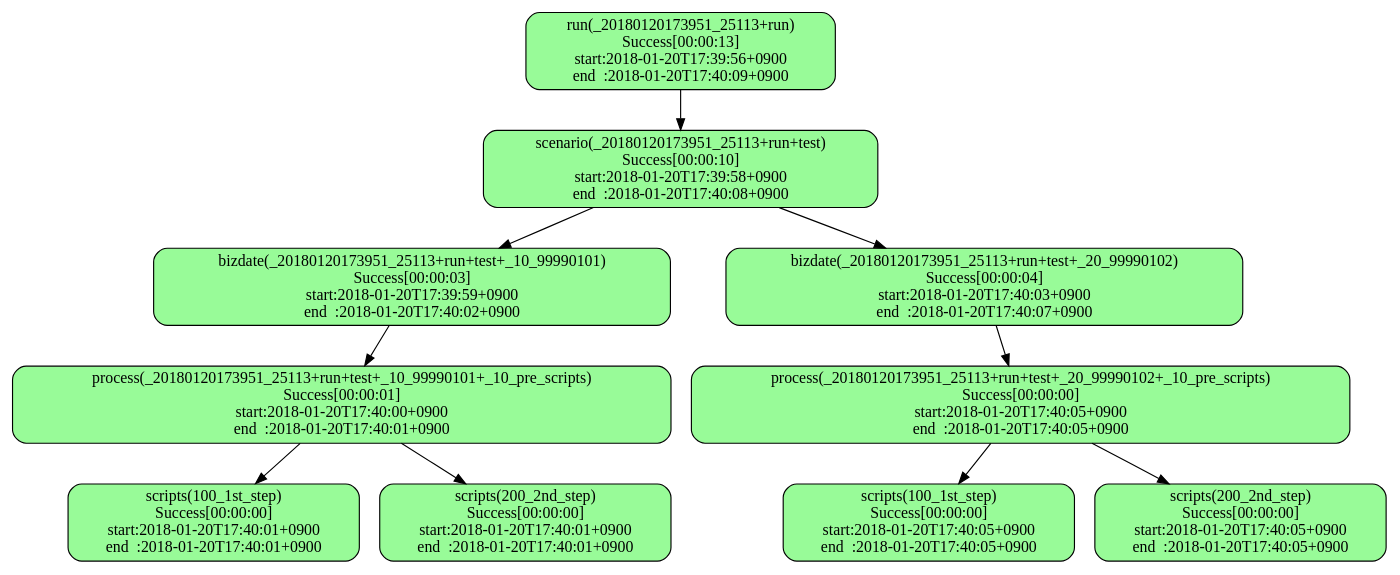
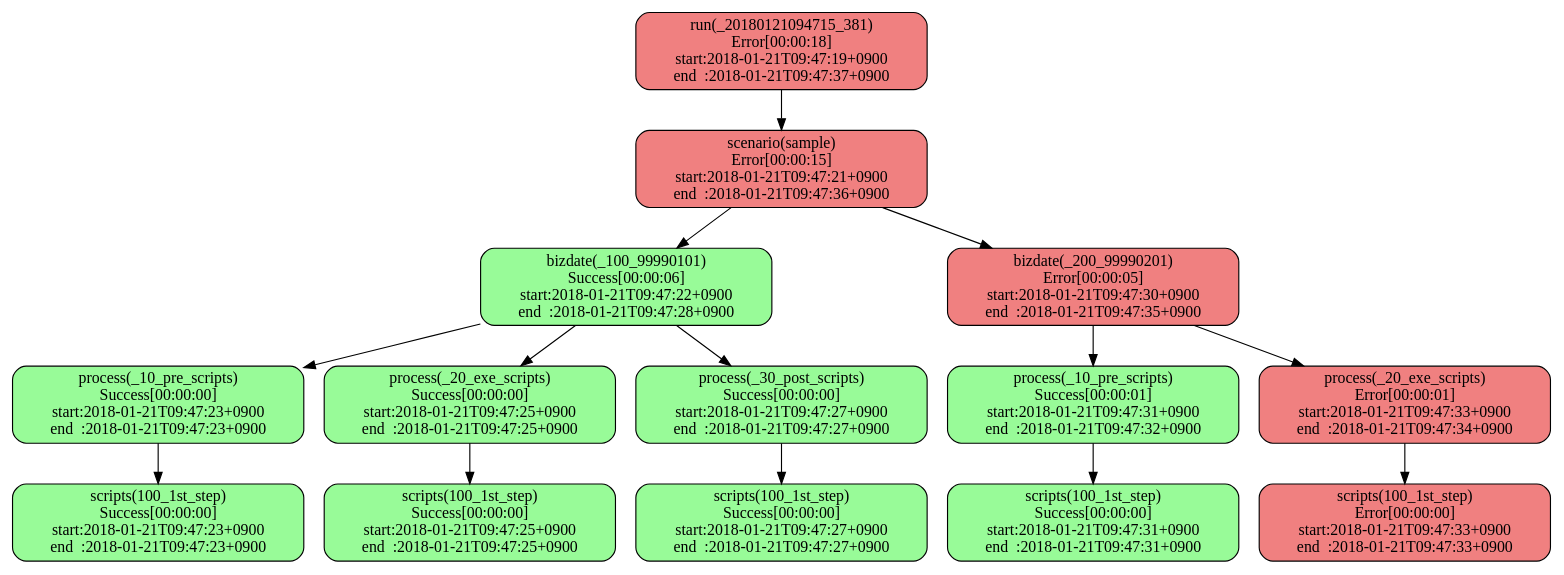
Before and after one commit to tkhr-sait/stfw-result-viewer-rails: the diagram in sample.dot, drawn with Graphviz. The commit also changed 2 other files, not shown here.

```diff
--- a/sample.dot
+++ b/sample.dot
@@ -1,22 +1,30 @@
 digraph G {
   layout="dot";
-  x20180120173951x25113xrun[label="run(_20180120173951_25113+run)\nSuccess[00:00:13]\nstart:2018-01-20T17:39:56+0900\nend  :2018-01-20T17:40:09+0900",shape="box",style="filled,rounded",fillcolor="palegreen"];
-  x20180120173951x25113xrunxtest[label="scenario(_20180120173951_25113+run+test)\nSuccess[00:00:10]\nstart:2018-01-20T17:39:58+0900\nend  :2018-01-20T17:40:08+0900",shape="box",style="filled,rounded",fillcolor="palegreen"];
-  x20180120173951x25113xrunxtestxx10x99990101[label="bizdate(_20180120173951_25113+run+test+_10_99990101)\nSuccess[00:00:03]\nstart:2018-01-20T17:39:59+0900\nend  :2018-01-20T17:40:02+0900",shape="box",style="filled,rounded",fillcolor="palegreen"];
-  x20180120173951x25113xrunxtestxx10x99990101xx10xprexscripts[label="process(_20180120173951_25113+run+test+_10_99990101+_10_pre_scripts)\nSuccess[00:00:01]\nstart:2018-01-20T17:40:00+0900\nend  :2018-01-20T17:40:01+0900",shape="box",style="filled,rounded",fillcolor="palegreen"];
-  x20180120173951x25113xrunxtestxx10x99990101xx10xprexscriptsx100x1stxstep[label="scripts(100_1st_step)\nSuccess[00:00:00]\nstart:2018-01-20T17:40:01+0900\nend  :2018-01-20T17:40:01+0900",shape="box",style="filled,rounded",fillcolor="palegreen"];
-  x20180120173951x25113xrunxtestxx10x99990101xx10xprexscriptsx200x2ndxstep[label="scripts(200_2nd_step)\nSuccess[00:00:00]\nstart:2018-01-20T17:40:01+0900\nend  :2018-01-20T17:40:01+0900",shape="box",style="filled,rounded",fillcolor="palegreen"];
-  x20180120173951x25113xrunxtestxx20x99990102[label="bizdate(_20180120173951_25113+run+test+_20_99990102)\nSuccess[00:00:04]\nstart:2018-01-20T17:40:03+0900\nend  :2018-01-20T17:40:07+0900",shape="box",style="filled,rounded",fillcolor="palegreen"];
-  x20180120173951x25113xrunxtestxx20x99990102xx10xprexscripts[label="process(_20180120173951_25113+run+test+_20_99990102+_10_pre_scripts)\nSuccess[00:00:00]\nstart:2018-01-20T17:40:05+0900\nend  :2018-01-20T17:40:05+0900",shape="box",style="filled,rounded",fillcolor="palegreen"];
-  x20180120173951x25113xrunxtestxx20x99990102xx10xprexscriptsx100x1stxstep[label="scripts(100_1st_step)\nSuccess[00:00:00]\nstart:2018-01-20T17:40:05+0900\nend  :2018-01-20T17:40:05+0900",shape="box",style="filled,rounded",fillcolor="palegreen"];
-  x20180120173951x25113xrunxtestxx20x99990102xx10xprexscriptsx200x2ndxstep[label="scripts(200_2nd_step)\nSuccess[00:00:00]\nstart:2018-01-20T17:40:05+0900\nend  :2018-01-20T17:40:05+0900",shape="box",style="filled,rounded",fillcolor="palegreen"];
-  x20180120173951x25113xrun -> x20180120173951x25113xrunxtest;
-  x20180120173951x25113xrunxtest -> x20180120173951x25113xrunxtestxx10x99990101;
-  x20180120173951x25113xrunxtestxx10x99990101 -> x20180120173951x25113xrunxtestxx10x99990101xx10xprexscripts;
-  x20180120173951x25113xrunxtestxx10x99990101xx10xprexscripts -> x20180120173951x25113xrunxtestxx10x99990101xx10xprexscriptsx100x1stxstep;
-  x20180120173951x25113xrunxtestxx10x99990101xx10xprexscripts -> x20180120173951x25113xrunxtestxx10x99990101xx10xprexscriptsx200x2ndxstep;
-  x20180120173951x25113xrunxtest -> x20180120173951x25113xrunxtestxx20x99990102;
-  x20180120173951x25113xrunxtestxx20x99990102 -> x20180120173951x25113xrunxtestxx20x99990102xx10xprexscripts;
-  x20180120173951x25113xrunxtestxx20x99990102xx10xprexscripts -> x20180120173951x25113xrunxtestxx20x99990102xx10xprexscriptsx100x1stxstep;
-  x20180120173951x25113xrunxtestxx20x99990102xx10xprexscripts -> x20180120173951x25113xrunxtestxx20x99990102xx10xprexscriptsx200x2ndxstep;
+  x20180121094715x381xrun[label="run(_20180121094715_381)\nError[00:00:18]\nstart:2018-01-21T09:47:19+0900\nend  :2018-01-21T09:47:37+0900",shape="box",style="filled,rounded",fillcolor="lightcoral"];
+  x20180121094715x381xrunxsample[label="scenario(sample)\nError[00:00:15]\nstart:2018-01-21T09:47:21+0900\nend  :2018-01-21T09:47:36+0900",shape="box",style="filled,rounded",fillcolor="lightcoral"];
+  x20180121094715x381xrunxsamplexx100x99990101[label="bizdate(_100_99990101)\nSuccess[00:00:06]\nstart:2018-01-21T09:47:22+0900\nend  :2018-01-21T09:47:28+0900",shape="box",style="filled,rounded",fillcolor="palegreen"];
+  x20180121094715x381xrunxsamplexx100x99990101xx10xprexscripts[label="process(_10_pre_scripts)\nSuccess[00:00:00]\nstart:2018-01-21T09:47:23+0900\nend  :2018-01-21T09:47:23+0900",shape="box",style="filled,rounded",fillcolor="palegreen"];
+  x20180121094715x381xrunxsamplexx100x99990101xx10xprexscriptsx100x1stxstep[label="scripts(100_1st_step)\nSuccess[00:00:00]\nstart:2018-01-21T09:47:23+0900\nend  :2018-01-21T09:47:23+0900",shape="box",style="filled,rounded",fillcolor="palegreen"];
+  x20180121094715x381xrunxsamplexx100x99990101xx20xexexscripts[label="process(_20_exe_scripts)\nSuccess[00:00:00]\nstart:2018-01-21T09:47:25+0900\nend  :2018-01-21T09:47:25+0900",shape="box",style="filled,rounded",fillcolor="palegreen"];
+  x20180121094715x381xrunxsamplexx100x99990101xx20xexexscriptsx100x1stxstep[label="scripts(100_1st_step)\nSuccess[00:00:00]\nstart:2018-01-21T09:47:25+0900\nend  :2018-01-21T09:47:25+0900",shape="box",style="filled,rounded",fillcolor="palegreen"];
+  x20180121094715x381xrunxsamplexx100x99990101xx30xpostxscripts[label="process(_30_post_scripts)\nSuccess[00:00:00]\nstart:2018-01-21T09:47:27+0900\nend  :2018-01-21T09:47:27+0900",shape="box",style="filled,rounded",fillcolor="palegreen"];
+  x20180121094715x381xrunxsamplexx100x99990101xx30xpostxscriptsx100x1stxstep[label="scripts(100_1st_step)\nSuccess[00:00:00]\nstart:2018-01-21T09:47:27+0900\nend  :2018-01-21T09:47:27+0900",shape="box",style="filled,rounded",fillcolor="palegreen"];
+  x20180121094715x381xrunxsamplexx200x99990201[label="bizdate(_200_99990201)\nError[00:00:05]\nstart:2018-01-21T09:47:30+0900\nend  :2018-01-21T09:47:35+0900",shape="box",style="filled,rounded",fillcolor="lightcoral"];
+  x20180121094715x381xrunxsamplexx200x99990201xx10xprexscripts[label="process(_10_pre_scripts)\nSuccess[00:00:01]\nstart:2018-01-21T09:47:31+0900\nend  :2018-01-21T09:47:32+0900",shape="box",style="filled,rounded",fillcolor="palegreen"];
+  x20180121094715x381xrunxsamplexx200x99990201xx10xprexscriptsx100x1stxstep[label="scripts(100_1st_step)\nSuccess[00:00:00]\nstart:2018-01-21T09:47:31+0900\nend  :2018-01-21T09:47:31+0900",shape="box",style="filled,rounded",fillcolor="palegreen"];
+  x20180121094715x381xrunxsamplexx200x99990201xx20xexexscripts[label="process(_20_exe_scripts)\nError[00:00:01]\nstart:2018-01-21T09:47:33+0900\nend  :2018-01-21T09:47:34+0900",shape="box",style="filled,rounded",fillcolor="lightcoral"];
+  x20180121094715x381xrunxsamplexx200x99990201xx20xexexscriptsx100x1stxstep[label="scripts(100_1st_step)\nError[00:00:00]\nstart:2018-01-21T09:47:33+0900\nend  :2018-01-21T09:47:33+0900",shape="box",style="filled,rounded",fillcolor="lightcoral"];
+  x20180121094715x381xrun -> x20180121094715x381xrunxsample;
+  x20180121094715x381xrunxsample -> x20180121094715x381xrunxsamplexx100x99990101;
+  x20180121094715x381xrunxsamplexx100x99990101 -> x20180121094715x381xrunxsamplexx100x99990101xx10xprexscripts;
+  x20180121094715x381xrunxsamplexx100x99990101xx10xprexscripts -> x20180121094715x381xrunxsamplexx100x99990101xx10xprexscriptsx100x1stxstep;
+  x20180121094715x381xrunxsamplexx100x99990101 -> x20180121094715x381xrunxsamplexx100x99990101xx20xexexscripts;
+  x20180121094715x381xrunxsamplexx100x99990101xx20xexexscripts -> x20180121094715x381xrunxsamplexx100x99990101xx20xexexscriptsx100x1stxstep;
+  x20180121094715x381xrunxsamplexx100x99990101 -> x20180121094715x381xrunxsamplexx100x99990101xx30xpostxscripts;
+  x20180121094715x381xrunxsamplexx100x99990101xx30xpostxscripts -> x20180121094715x381xrunxsamplexx100x99990101xx30xpostxscriptsx100x1stxstep;
+  x20180121094715x381xrunxsample -> x20180121094715x381xrunxsamplexx200x99990201;
+  x20180121094715x381xrunxsamplexx200x99990201 -> x20180121094715x381xrunxsamplexx200x99990201xx10xprexscripts;
+  x20180121094715x381xrunxsamplexx200x99990201xx10xprexscripts -> x20180121094715x381xrunxsamplexx200x99990201xx10xprexscriptsx100x1stxstep;
+  x20180121094715x381xrunxsamplexx200x99990201 -> x20180121094715x381xrunxsamplexx200x99990201xx20xexexscripts;
+  x20180121094715x381xrunxsamplexx200x99990201xx20xexexscripts -> x20180121094715x381xrunxsamplexx200x99990201xx20xexexscriptsx100x1stxstep;
 }
```
